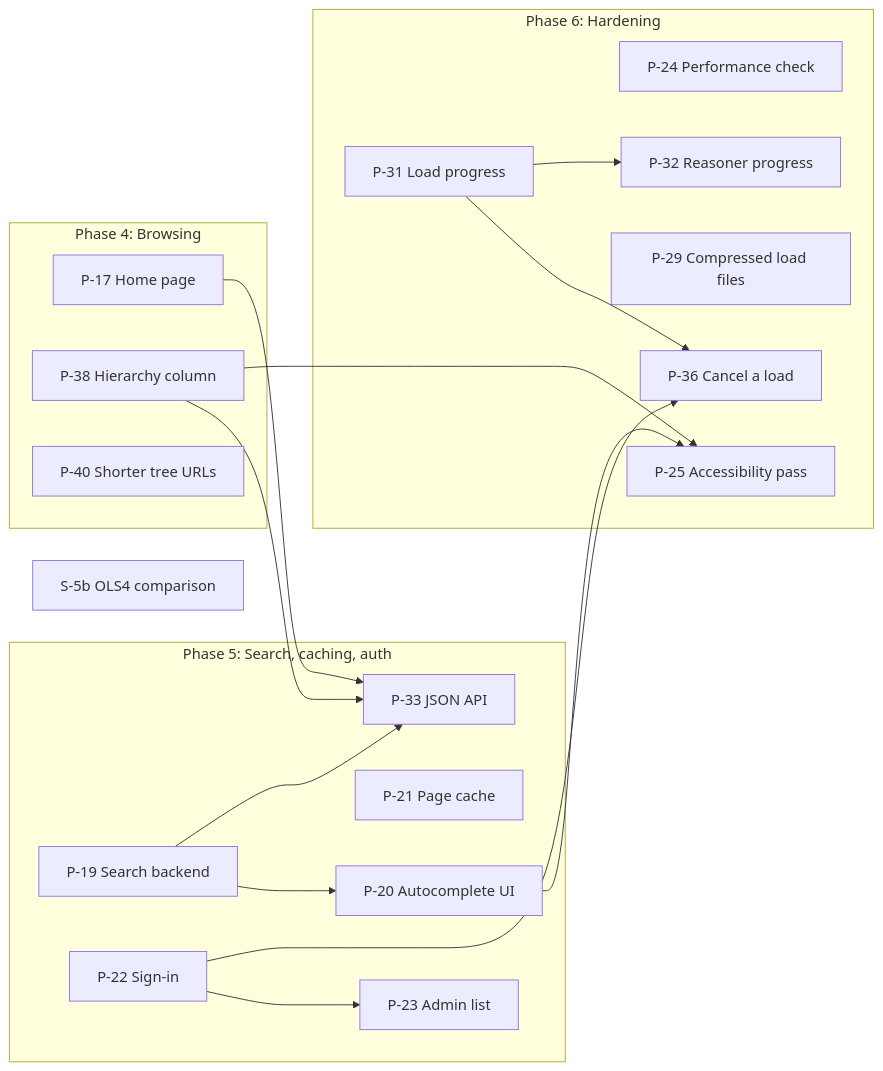
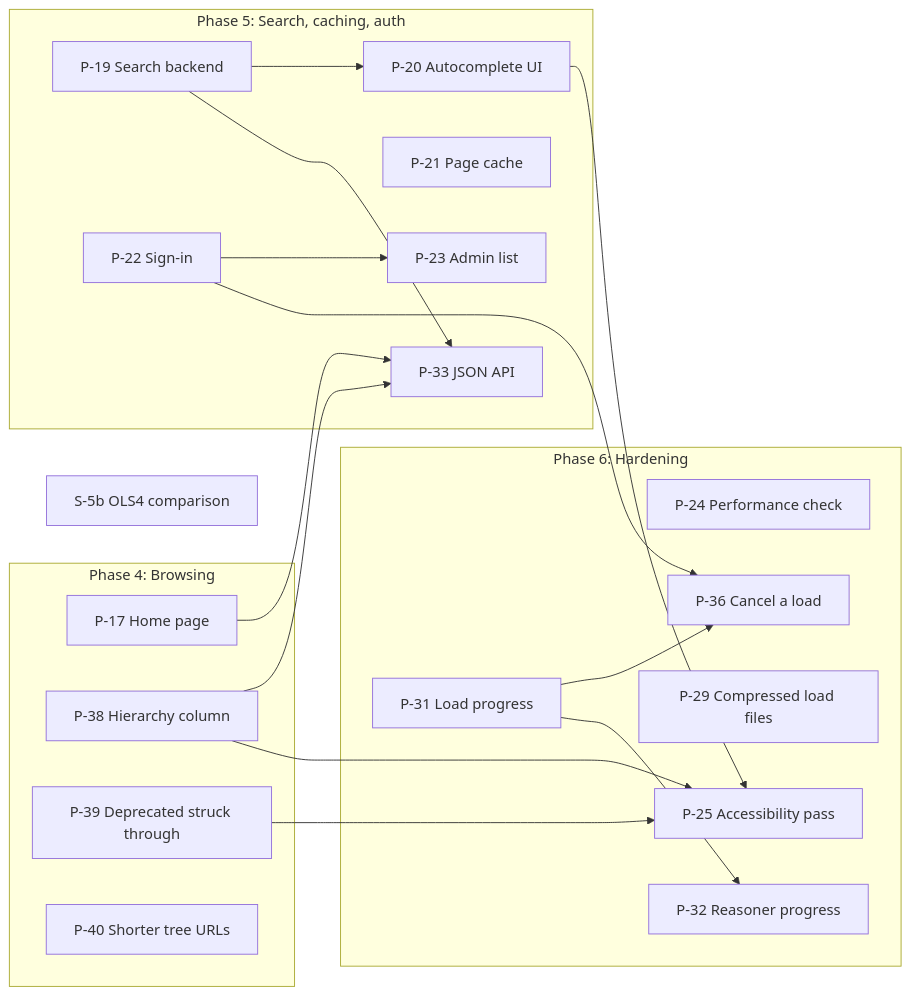
Before and after one commit to jclerman/browl: the diagram in docs/DESIGN.md, drawn with Mermaid. The commit also changed other lines of this file, not shown here.

First line of the commit message:
Design: P-39, deprecated entities struck through in hierarchy views (U-46) (#124)

````diff
--- a/docs/DESIGN.md
+++ b/docs/DESIGN.md
@@ -1661,32 +1663,33 @@
 ```mermaid
 flowchart LR
     subgraph P4["Phase 4: Browsing"]
         P17["P-17 Home page"]
         P38["P-38 Hierarchy column"]
+        P39["P-39 Deprecated struck through"]
         P40["P-40 Shorter tree URLs"]
     end
     subgraph P5["Phase 5: Search, caching, auth"]
         P19["P-19 Search backend"]
         P20["P-20 Autocomplete UI"]
         P21["P-21 Page cache"]
         P22["P-22 Sign-in"]
         P23["P-23 Admin list"]
         P33["P-33 JSON API"]
     end
     subgraph P6["Phase 6: Hardening"]
         P24["P-24 Performance check"]
         P25["P-25 Accessibility pass"]
         P29["P-29 Compressed load files"]
         P31["P-31 Load progress"]
         P32["P-32 Reasoner progress"]
         P36["P-36 Cancel a load"]
     end
     S5b["S-5b OLS4 comparison"]
 
     P19 --> P20
     P17 & P19 & P38 --> P33
-    P20 & P38 --> P25
+    P20 & P38 & P39 --> P25
     P22 --> P23
     P22 & P31 --> P36
     P31 --> P32
 ```
````
